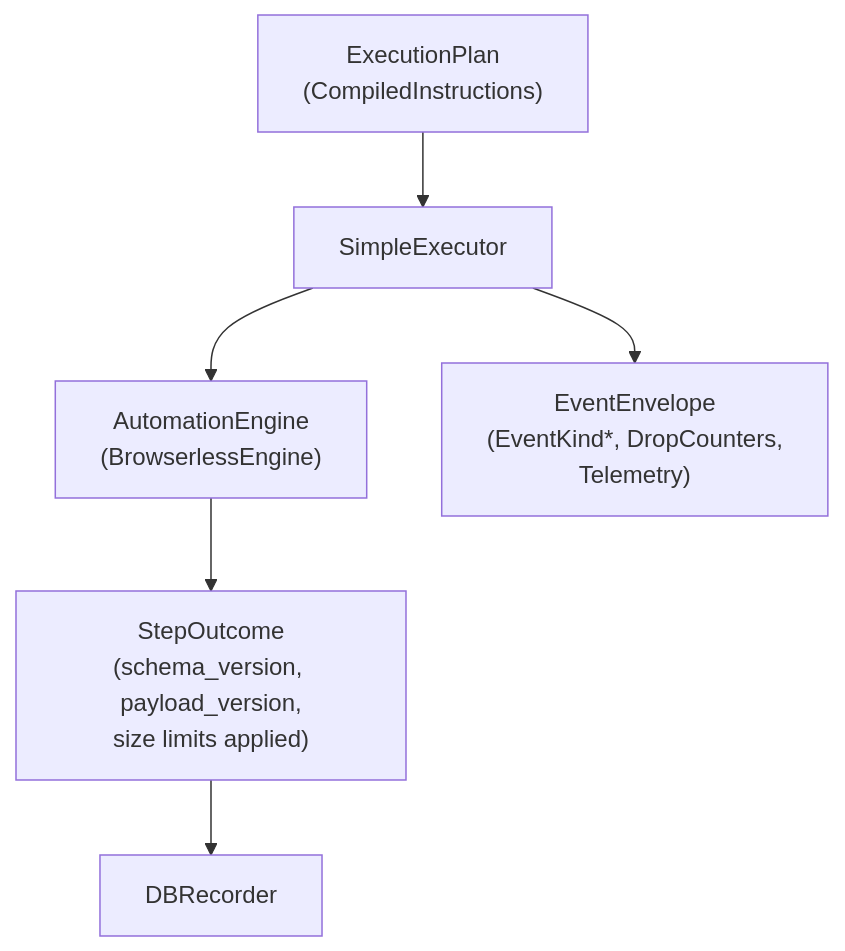
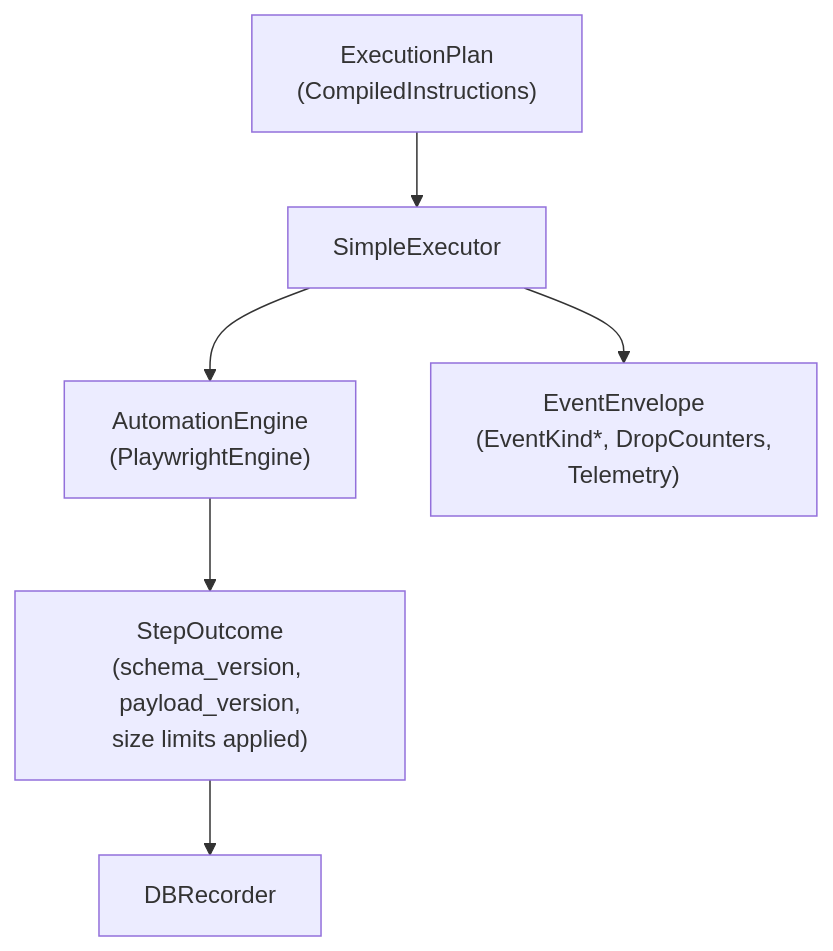
Before and after one commit to Vrooli/Vrooli: the diagram in scenarios/browser-automation-studio/api/automation/contracts/README.md, drawn with Mermaid. The commit also changed 70 other files, not shown here.

````diff
--- a/scenarios/browser-automation-studio/api/automation/contracts/README.md
+++ b/scenarios/browser-automation-studio/api/automation/contracts/README.md
@@ -17,15 +17,15 @@
 ```mermaid
 flowchart TB
     Plan["ExecutionPlan\n(CompiledInstructions)"]
-    Engine["AutomationEngine\n(BrowserlessEngine)"]
+    Engine["AutomationEngine\n(PlaywrightEngine)"]
     Executor["SimpleExecutor"]
     Outcome["StepOutcome\n(schema_version, payload_version,\nsize limits applied)"]
     Recorder["DBRecorder"]
     Events["EventEnvelope\n(EventKind*, DropCounters,\nTelemetry)"]
 
     Plan --> Executor
     Executor --> Engine
     Engine --> Outcome
     Outcome --> Recorder
     Executor --> Events
 ```
````
